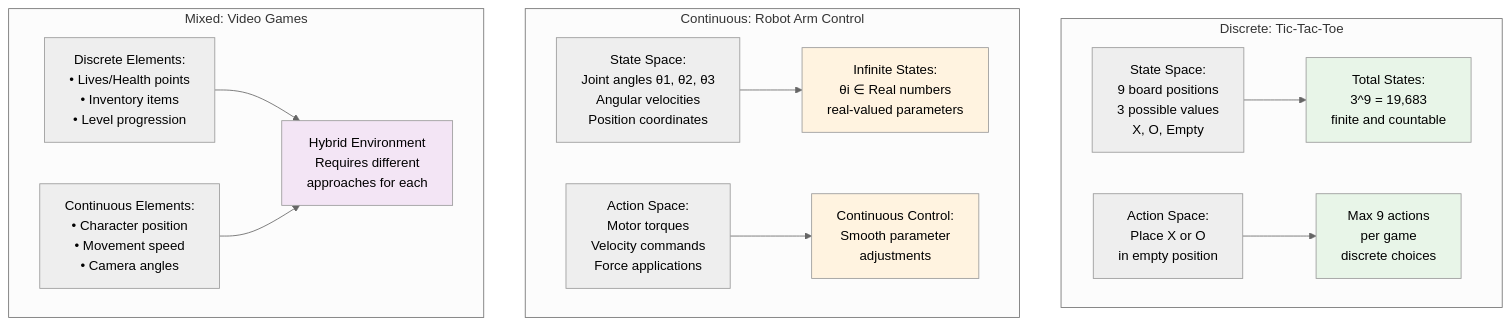
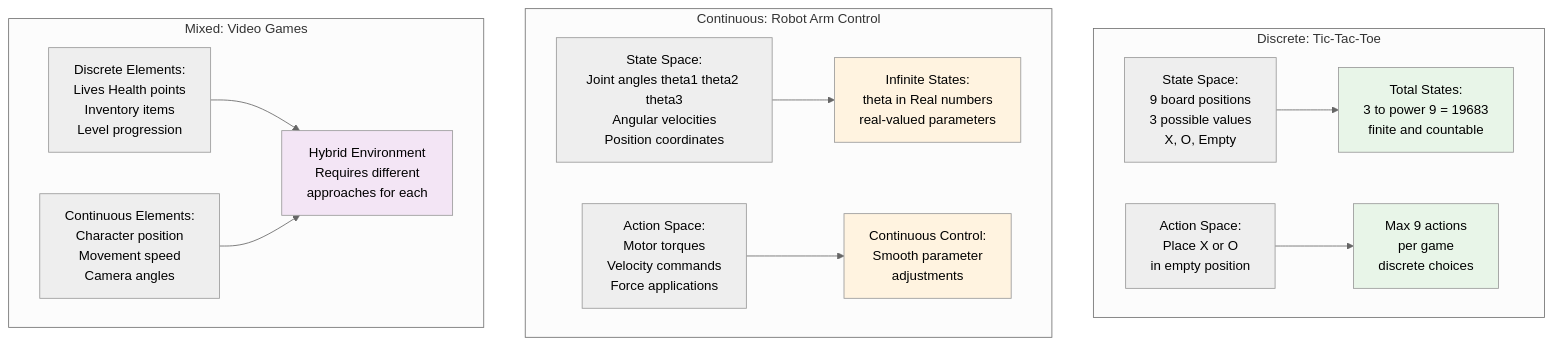
One commit to abstracted-m7/Data-Science changed the sixth of 16 diagrams in Hand-Notes/Theory-AI-Basics/Environments/README.md. Above: the diagram before and after it, drawn with Mermaid (neutral theme). The commit also changed other lines of this file, not shown here.

````diff
--- a/Hand-Notes/Theory-AI-Basics/Environments/README.md
+++ b/Hand-Notes/Theory-AI-Basics/Environments/README.md
@@ -265,33 +265,33 @@
 ```mermaid
 graph TB
     subgraph "Discrete: Tic-Tac-Toe"
         A1[State Space:<br/>9 board positions<br/>3 possible values<br/>X, O, Empty]
-        A1 --> B1[Total States:<br/>3^9 = 19,683<br/>finite and countable]
+        A1 --> B1[Total States:<br/>3 to power 9 = 19683<br/>finite and countable]
         
         A2[Action Space:<br/>Place X or O<br/>in empty position]
         A2 --> B2[Max 9 actions<br/>per game<br/>discrete choices]
     end
     
     subgraph "Continuous: Robot Arm Control"
-        A3[State Space:<br/>Joint angles θ1, θ2, θ3<br/>Angular velocities<br/>Position coordinates]
-        A3 --> B3[Infinite States:<br/>θi ∈ Real numbers<br/>real-valued parameters]
+        A3[State Space:<br/>Joint angles theta1 theta2 theta3<br/>Angular velocities<br/>Position coordinates]
+        A3 --> B3[Infinite States:<br/>theta in Real numbers<br/>real-valued parameters]
         
         A4[Action Space:<br/>Motor torques<br/>Velocity commands<br/>Force applications]
         A4 --> B4[Continuous Control:<br/>Smooth parameter<br/>adjustments]
     end
     
     subgraph "Mixed: Video Games"
-        A5[Discrete Elements:<br/>• Lives/Health points<br/>• Inventory items<br/>• Level progression]
+        A5[Discrete Elements:<br/>Lives Health points<br/>Inventory items<br/>Level progression]
         
-        A6[Continuous Elements:<br/>• Character position<br/>• Movement speed<br/>• Camera angles]
+        A6[Continuous Elements:<br/>Character position<br/>Movement speed<br/>Camera angles]
         
         A5 --> C5[Hybrid Environment<br/>Requires different<br/>approaches for each]
         A6 --> C5
     end
     
     style B1 fill:#e8f5e8
     style B2 fill:#e8f5e8
     style B3 fill:#fff3e0
     style B4 fill:#fff3e0
     style C5 fill:#f3e5f5
 ```
````
